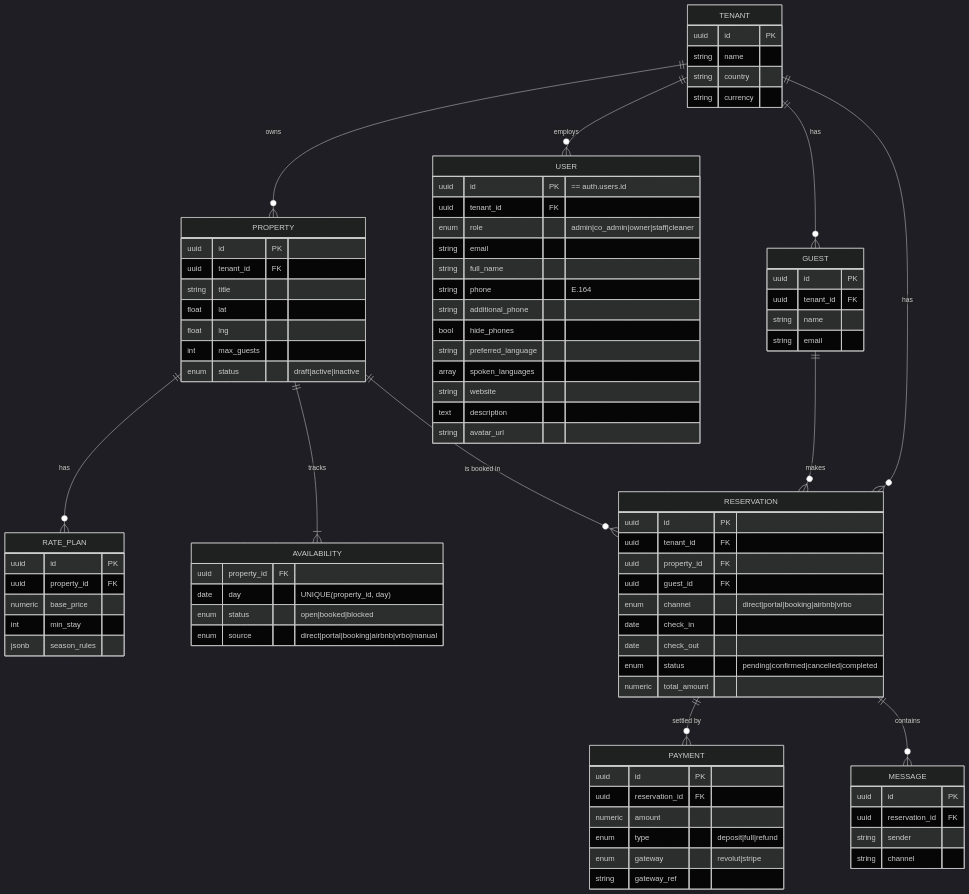
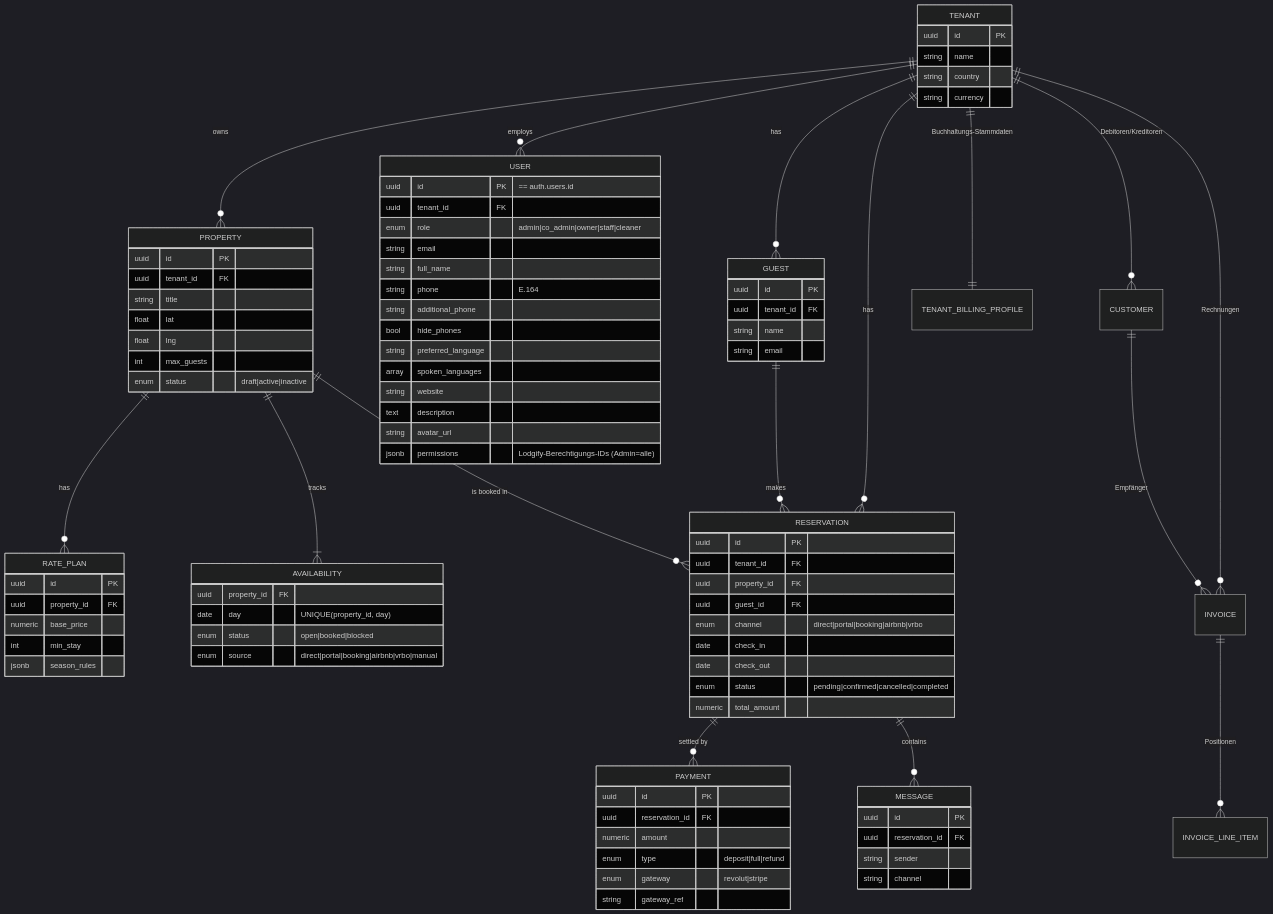
The fifth of 14 diagrams in docs/ARCHITECTURE.md (Andy1234567890-cmyk/NextDays), drawn with Mermaid (dark theme) before and after one commit. The commit also changed other lines of this file and 277 other files, not shown here.

```diff
--- a/docs/ARCHITECTURE.md
+++ b/docs/ARCHITECTURE.md
@@ -192,6 +193,11 @@
     GUEST ||--o{ RESERVATION : makes
     RESERVATION ||--o{ PAYMENT : "settled by"
     RESERVATION ||--o{ MESSAGE : contains
+    TENANT ||--|| TENANT_BILLING_PROFILE : "Buchhaltungs-Stammdaten"
+    TENANT ||--o{ CUSTOMER : "Debitoren/Kreditoren"
+    TENANT ||--o{ INVOICE : "Rechnungen"
+    CUSTOMER ||--o{ INVOICE : "Empfänger"
+    INVOICE ||--o{ INVOICE_LINE_ITEM : "Positionen"
 
     TENANT {
         uuid id PK
@@ -213,6 +219,7 @@
         string website
         text description
         string avatar_url
+        jsonb permissions "Lodgify-Berechtigungs-IDs (Admin=alle)"
     }
     PROPERTY {
         uuid id PK
```
